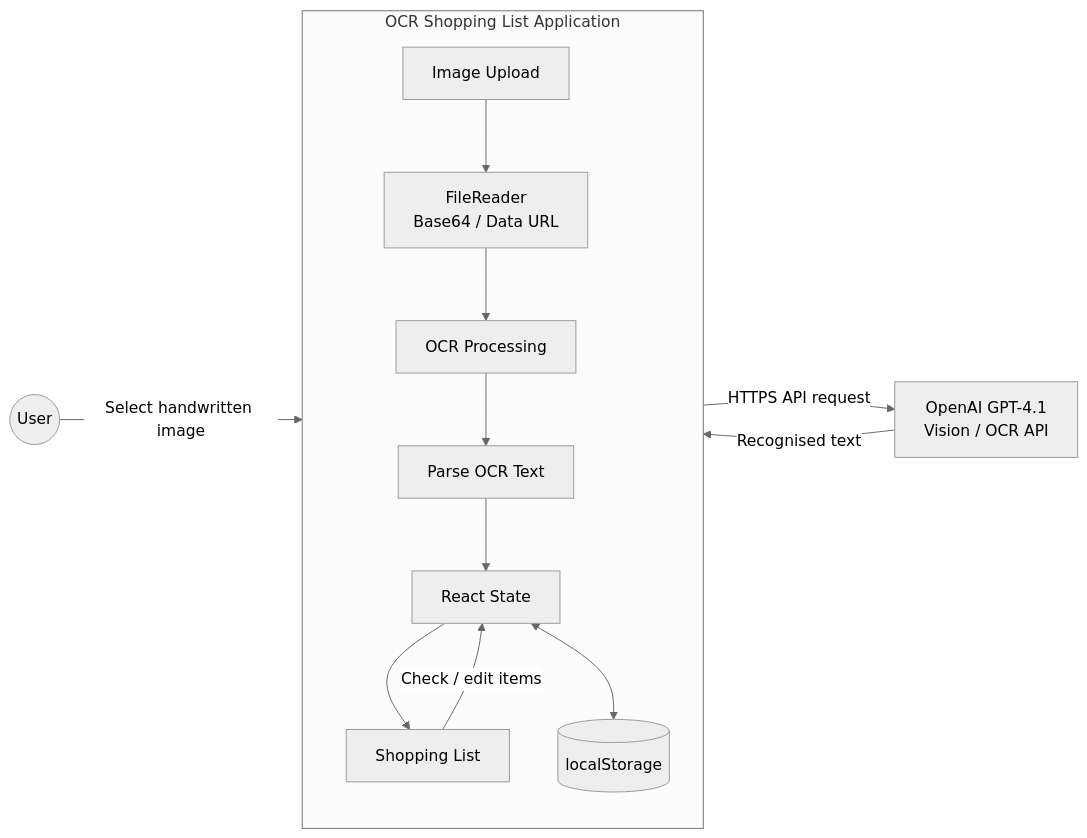
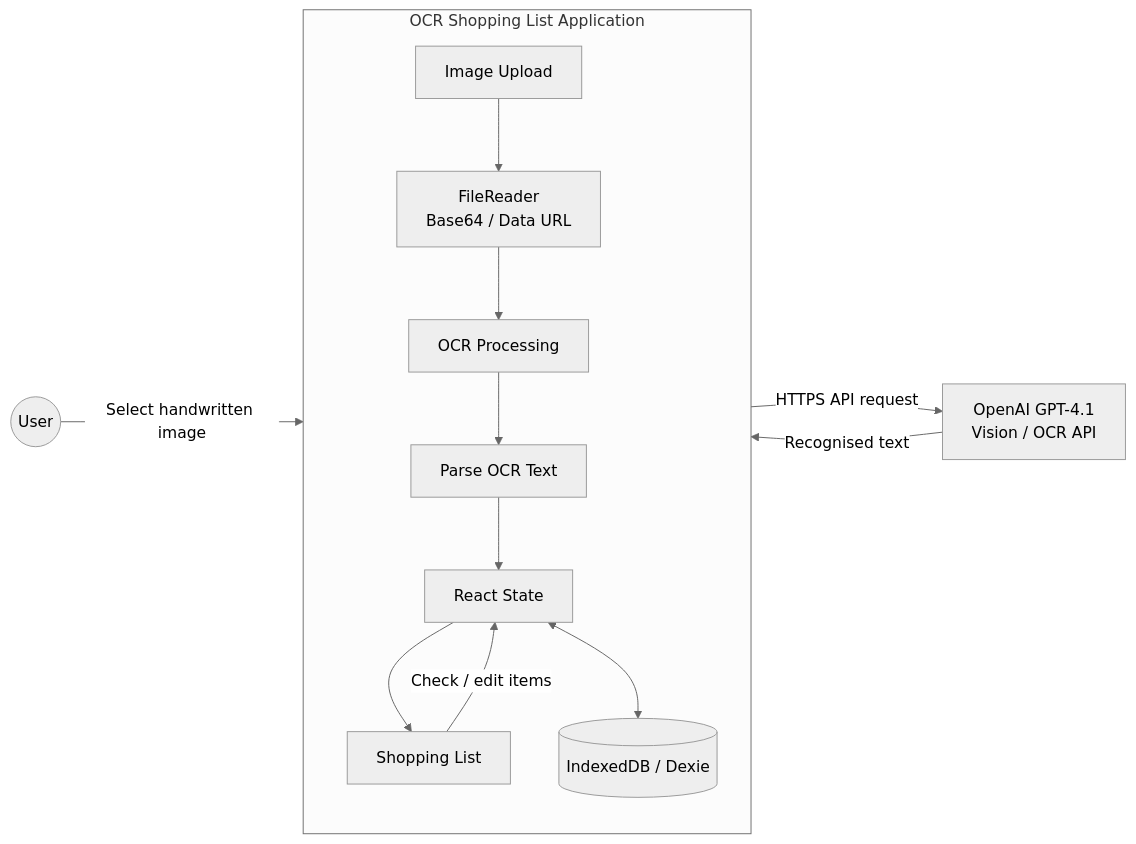
Before and after one commit to werzl/ocr-shopping-list: the diagram in README.md, drawn with Mermaid (neutral theme). The commit also changed other lines of this file and 25 other files, not shown here.

````diff
--- a/README.md
+++ b/README.md
@@ -10,31 +10,31 @@
 ```mermaid
 flowchart LR
     USER((User))
 
     subgraph APP["OCR Shopping List Application"]
         direction TB
 
         UPLOAD[Image Upload]
         FILE[FileReader<br/>Base64 / Data URL]
         REACT[React State]
         OCR[OCR Processing]
         PARSE[Parse OCR Text]
         SHOPPING[Shopping List]
-        STORAGE[(localStorage)]
+        STORAGE[(IndexedDB / Dexie)]
 
         UPLOAD --> FILE
         FILE --> OCR
         OCR --> PARSE
         PARSE --> REACT
         REACT --> SHOPPING
 
         REACT <--> STORAGE
         SHOPPING -->|Check / edit items| REACT
     end
 
     OPENAI["OpenAI GPT-4.1<br/>Vision / OCR API"]
 
     USER -->|Select handwritten image| UPLOAD
     OCR -->|HTTPS API request| OPENAI
     OPENAI -->|Recognised text| OCR
 ```
````
